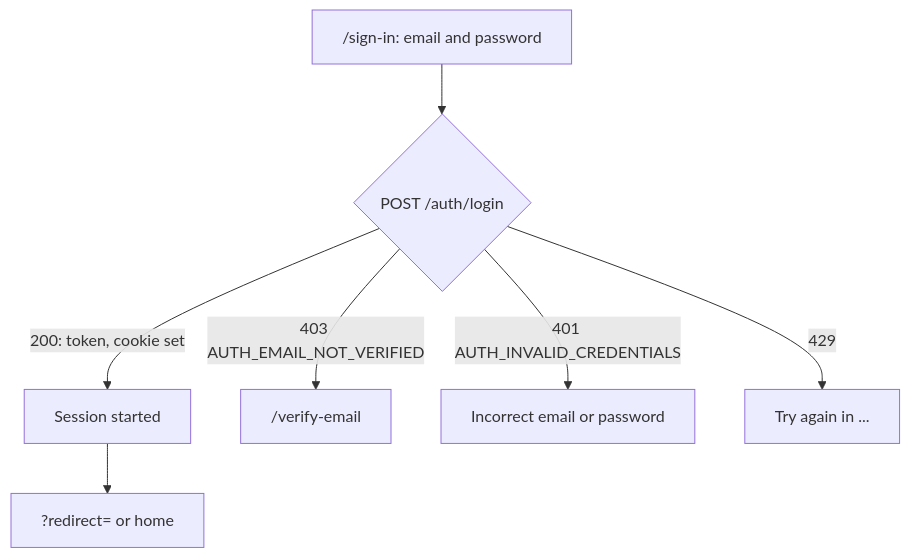
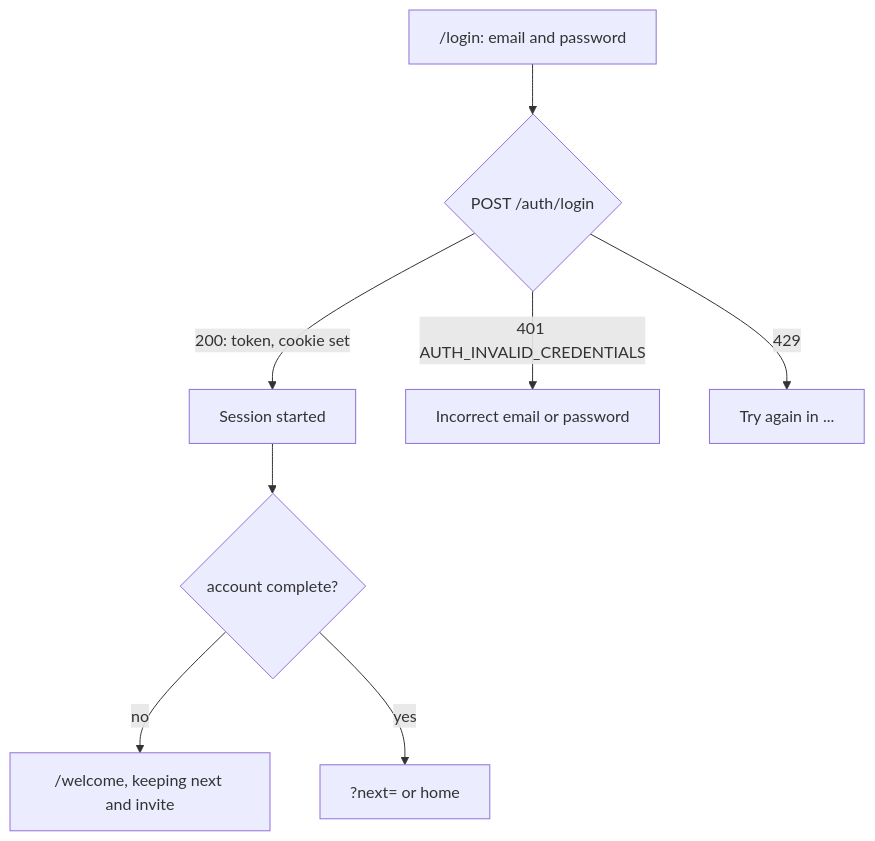
The second of 4 diagrams in docs/auth/pages-and-flows.md (StoriuSs/NezFocus-Frontend), drawn with Mermaid before and after one commit. The commit also changed other lines of this file and 124 other files, not shown here.

First line of the commit message:
feat(auth): create account with an emailed code and complete it (L8)

````diff
--- a/docs/auth/pages-and-flows.md
+++ b/docs/auth/pages-and-flows.md
@@ -196,9 +269,10 @@
 ```mermaid
 flowchart TD
-    F["/sign-in: email and password"] --> L{"POST /auth/login"}
+    F["/login: email and password"] --> L{"POST /auth/login"}
     L -->|"200: token, cookie set"| S["Session started"]
-    L -->|"403 AUTH_EMAIL_NOT_VERIFIED"| V["/verify-email"]
     L -->|"401 AUTH_INVALID_CREDENTIALS"| E["Incorrect email or password"]
     L -->|"429"| W["Try again in ..."]
-    S --> R["?redirect= or home"]
+    S --> C{"account complete?"}
+    C -->|"no"| WE["/welcome, keeping next and invite"]
+    C -->|"yes"| R["?next= or home"]
 ```
````
